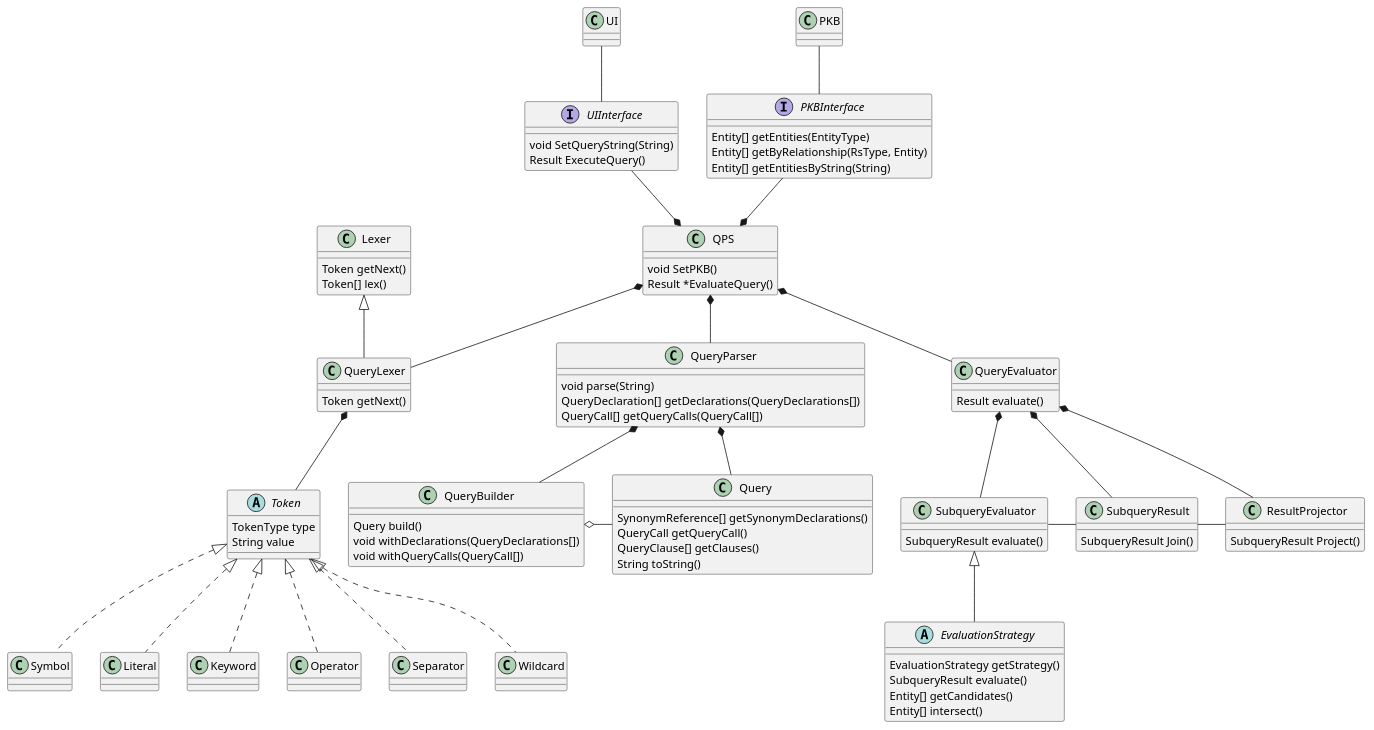
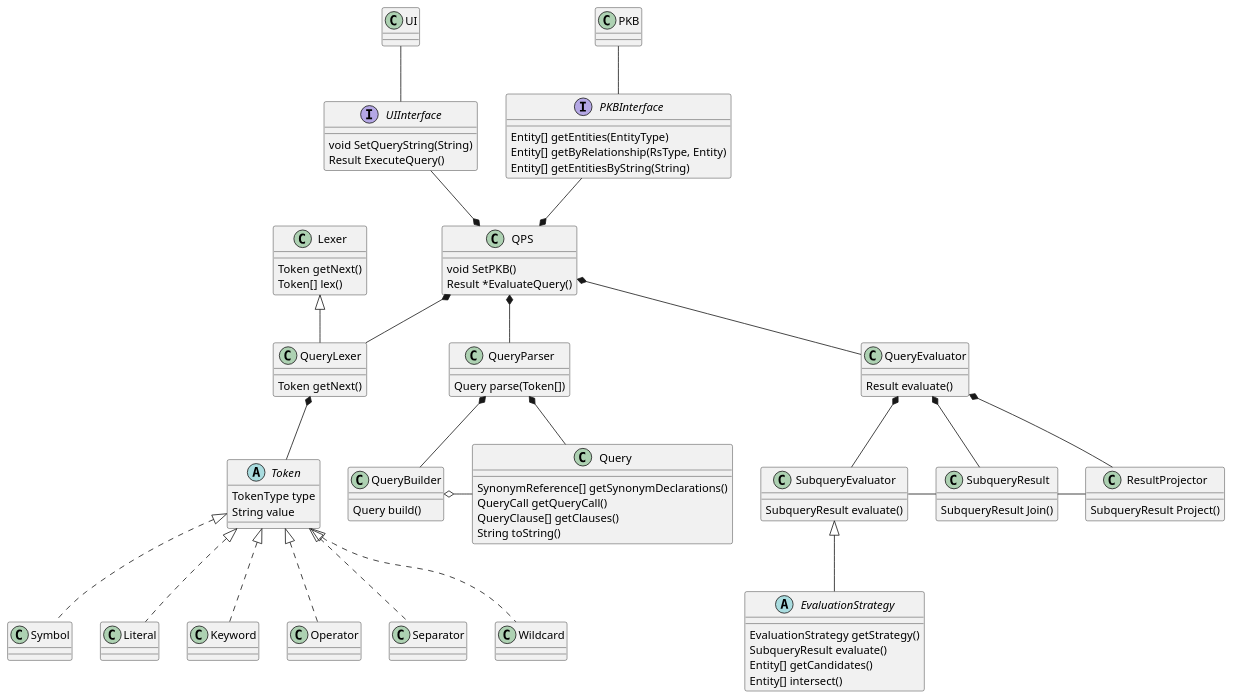
One commit to mazx4960/static-analyzer changed the diagram in docs/diagrams/QPSClassDiagram.puml. Above: the diagram before and after it, drawn with PlantUML.

Commit message:
docs: update QPS class diagram

```diff
--- a/docs/diagrams/QPSClassDiagram.puml
+++ b/docs/diagrams/QPSClassDiagram.puml
@@ -1,116 +1,111 @@
 @startuml
 
 abstract class  "Token" {
     TokenType type
     String value
 }
 
 class Symbol
 class Literal
 class Keyword
 class Operator
 class Separator
 class Wildcard
 
 class Query {
     SynonymReference[] getSynonymDeclarations()
     QueryCall getQueryCall()
     QueryClause[] getClauses()
     String toString()
 }
 
 abstract class "EvaluationStrategy" {
     EvaluationStrategy getStrategy()
     SubqueryResult evaluate()
     Entity[] getCandidates()
     Entity[] intersect()
 }
 
 interface UIInterface {
     void SetQueryString(String)
     Result ExecuteQuery()
 }
 
 interface PKBInterface {
     Entity[] getEntities(EntityType)
     Entity[] getByRelationship(RsType, Entity)
     Entity[] getEntitiesByString(String)
 }
 
 class QPS {
     void SetPKB()
 	Result *EvaluateQuery()
 }
 
 class QueryParser {
-
-	void parse(String)
-	QueryDeclaration[] getDeclarations(QueryDeclarations[])
-	QueryCall[] getQueryCalls(QueryCall[])
+	Query parse(Token[])
 }
 
 class QueryBuilder {
 	Query build()
-	void withDeclarations(QueryDeclarations[])
-	void withQueryCalls(QueryCall[])
 }
 
 class Lexer {
 	Token getNext()
     Token[] lex()
 }
 
 class QueryLexer {
 	Token getNext()
 }
 
 class QueryEvaluator {
 	Result evaluate()
 }
 
 class SubqueryEvaluator {
 	SubqueryResult evaluate()
 }
 
 class SubqueryResult {
 	SubqueryResult Join()
 }
 
 class ResultProjector {
     SubqueryResult Project()
 }
 
 Token <|.down. Symbol
 Token <|.down. Literal
 Token <|.down. Keyword
 Token <|.down. Operator
 Token <|.down. Separator
 Token <|.down. Wildcard
 
 
 UI -down- UIInterface
 PKB -down- PKBInterface
 
 QPS *-up- UIInterface
 QPS *-up- PKBInterface
 QPS *-down- QueryLexer
 QPS *-down- QueryParser
 QPS *-down- QueryEvaluator
 
 QueryParser *-down- QueryBuilder
 QueryParser *-down- Query
 
 Lexer <|-down- QueryLexer
 
 QueryLexer *-down- Token
 
 QueryBuilder o-right- Query
 
 QueryEvaluator *-down- SubqueryEvaluator
 QueryEvaluator *-down- SubqueryResult
 QueryEvaluator *-down- ResultProjector
 
 SubqueryEvaluator <|-down- EvaluationStrategy
 SubqueryEvaluator -right- SubqueryResult
 SubqueryResult -right- ResultProjector
 @enduml
```
